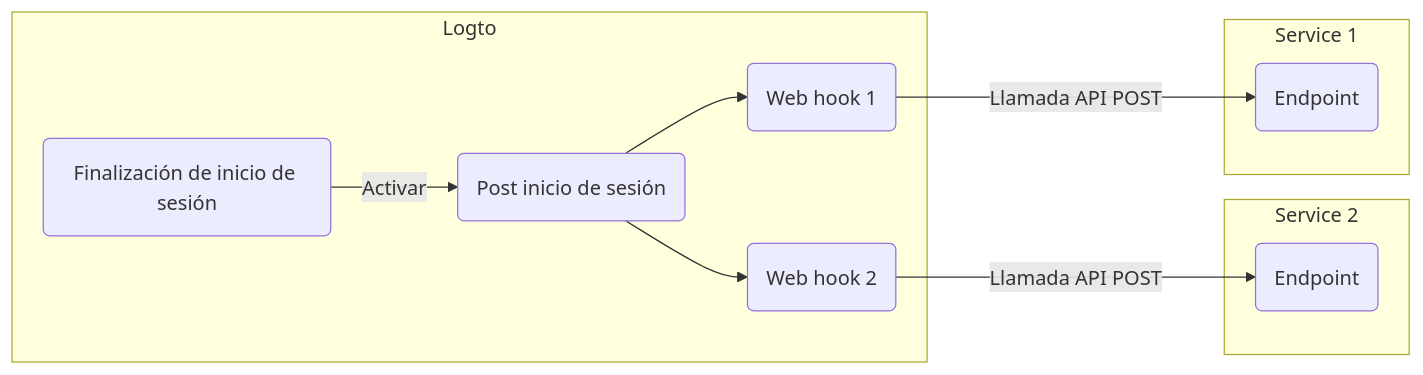
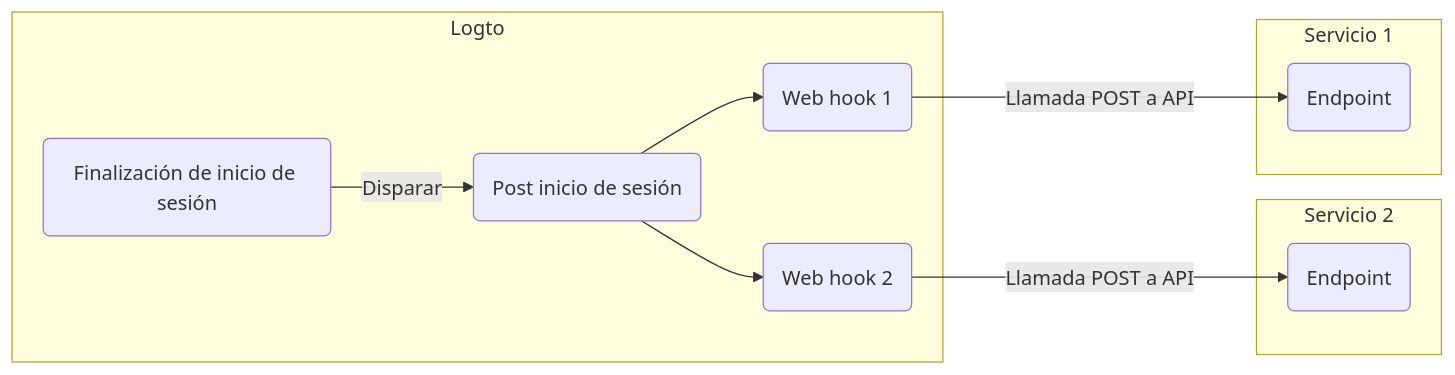
One commit to logto-io/docs changed the diagram in i18n/es/docusaurus-plugin-content-docs/current/developers/webhooks/README.mdx. Above: the diagram before and after it, drawn with Mermaid. The commit also changed other lines of this file and 357 other files, not shown here.

````diff
--- a/i18n/es/docusaurus-plugin-content-docs/current/developers/webhooks/README.mdx
+++ b/i18n/es/docusaurus-plugin-content-docs/current/developers/webhooks/README.mdx
@@ -36,24 +36,24 @@
 ```mermaid
 graph LR
   subgraph Logto
     SF(Finalización de inicio de sesión)
     PS(Post inicio de sesión)
     WH2(Web hook 2)
     WH1(Web hook 1)
   end
 
-  subgraph Service 2
+  subgraph Servicio 2
     E2(Endpoint)
   end
 
-  subgraph Service 1
+  subgraph Servicio 1
     E1(Endpoint)
   end
 
-  SF -->|Activar| PS
+  SF -->|Disparar| PS
   PS --> WH1
   PS --> WH2
-  WH1 --->|Llamada API POST| E1
-  WH2 --->|Llamada API POST| E2
+  WH1 --->|Llamada POST a API| E1
+  WH2 --->|Llamada POST a API| E2
 
 ```
````
